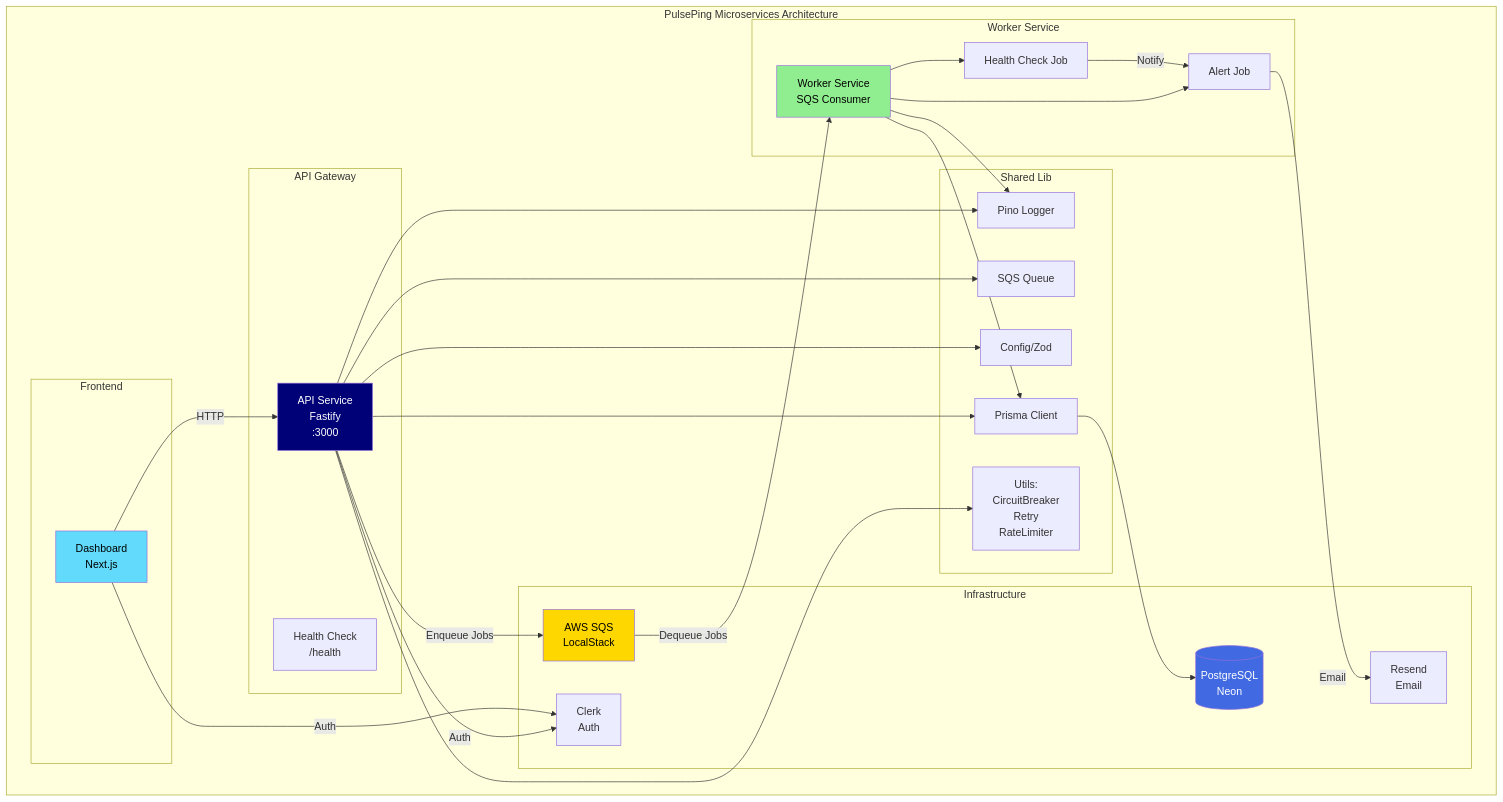
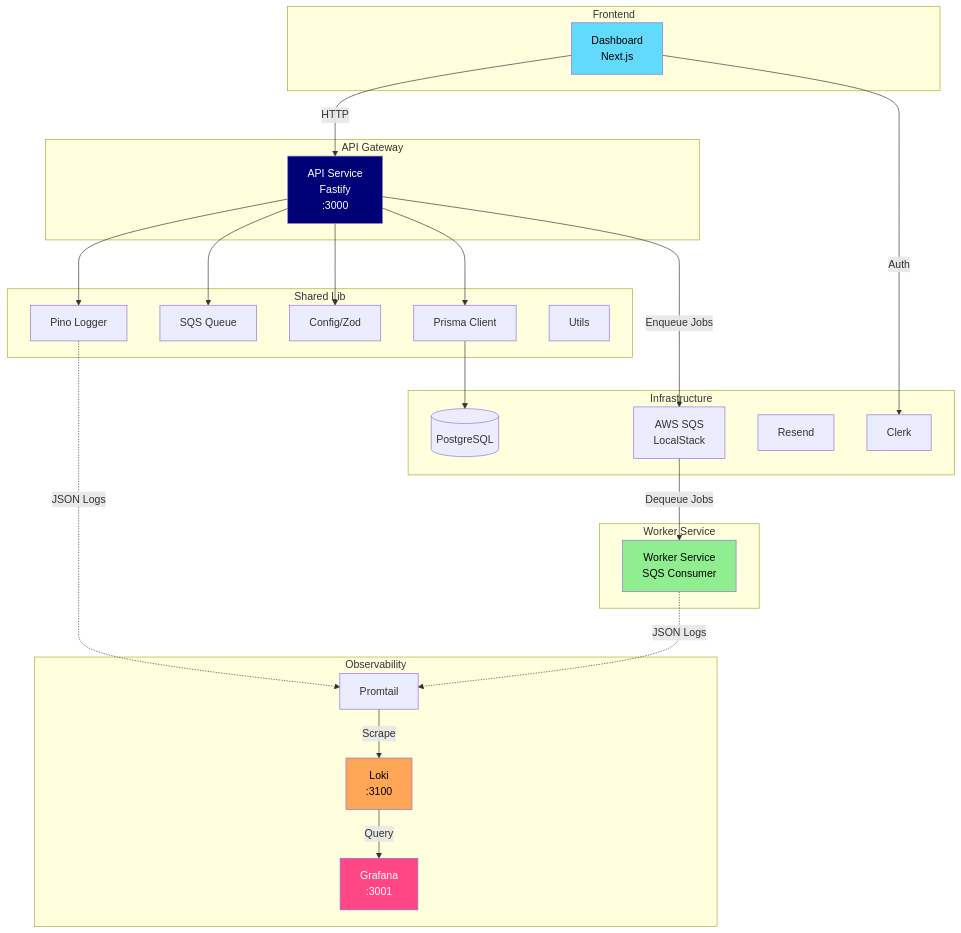
One commit to tajbaba999/IncidentHQ changed the diagram in ARCHITECTURE.md. Above: the diagram before and after it, drawn with Mermaid. The commit also changed other lines of this file, not shown here.

Commit message:
docs: update architecture diagram with Grafana Loki observability

````diff
--- a/ARCHITECTURE.md
+++ b/ARCHITECTURE.md
@@ -1,65 +3,59 @@
 ```mermaid
 graph TB
-    subgraph "PulsePing Microservices Architecture"
-        
-        subgraph "Frontend"
-            D[Dashboard<br/>Next.js]
-        end
-        
-        subgraph "API Gateway"
-            API[API Service<br/>Fastify<br/>:3000]
-            H[Health Check<br/>/health]
-        end
-        
-        subgraph "Shared Lib"
-            L[Pino Logger]
-            Q[SQS Queue]
-            C[Config/Zod]
-            DB[Prisma Client]
-            UT[Utils:<br/>CircuitBreaker<br/>Retry<br/>RateLimiter]
-        end
-        
-        subgraph "Worker Service"
-            W[Worker Service<br/>SQS Consumer]
-            HJ[Health Check Job]
-            AJ[Alert Job]
-        end
-        
-        subgraph "Infrastructure"
-            SQS[AWS SQS<br/>LocalStack]
-            PG[(PostgreSQL<br/>Neon)]
-            R[Resend<br/>Email]
-            CL[Clerk<br/>Auth]
-        end
-        
-        D -->|HTTP| API
-        API --> L
-        API --> Q
-        API --> C
-        API --> DB
-        API --> UT
-        
-        API -->|Enqueue Jobs| SQS
-        SQS -->|Dequeue Jobs| W
-        
-        W --> HJ
-        W --> AJ
-        W --> L
-        W --> DB
-        
-        HJ -->|Notify| AJ
-        AJ -->|Email| R
-        
-        DB --> PG
-        
-        API -->|Auth| CL
-        D -->|Auth| CL
-        
+    subgraph "Frontend"
+        D[Dashboard<br/>Next.js]
     end
+    
+    subgraph "API Gateway"
+        API[API Service<br/>Fastify<br/>:3000]
+    end
+    
+    subgraph "Worker Service"
+        W[Worker Service<br/>SQS Consumer]
+    end
+    
+    subgraph "Shared Lib"
+        L[Pino Logger]
+        Q[SQS Queue]
+        C[Config/Zod]
+        DB[Prisma Client]
+        UT[Utils]
+    end
+    
+    subgraph "Observability"
+        LK[Loki<br/>:3100]
+        PL[Promtail]
+        GF[Grafana<br/>:3001]
+    end
+    
+    subgraph "Infrastructure"
+        SQS[AWS SQS<br/>LocalStack]
+        PG[(PostgreSQL)]
+        R[Resend]
+        CL[Clerk]
+    end
+    
+    D -->|HTTP| API
+    API --> L
+    API --> Q
+    API --> C
+    API --> DB
+    
+    API -->|Enqueue Jobs| SQS
+    SQS -->|Dequeue Jobs| W
+    
+    D -->|Auth| CL
+    
+    L -.->|JSON Logs| PL
+    W -.->|JSON Logs| PL
+    PL -->|Scrape| LK
+    LK -->|Query| GF
+    
+    DB --> PG
     
     style D fill:#61dafb,color:#000
     style API fill:#007,color:#fff
     style W fill:#90EE90,color:#000
-    style SQS fill:#FFD700,color:#000
-    style PG fill:#4169E1,color:#fff
+    style GF fill:#FF4785,color:#fff
+    style LK fill:#FFA656,color:#000
 ```
````
